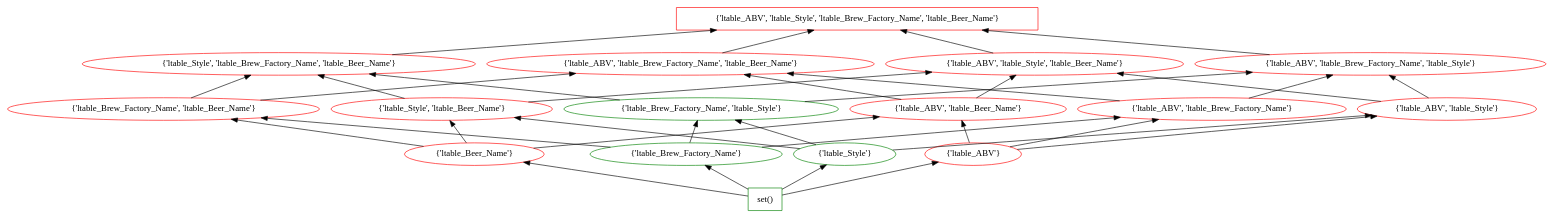
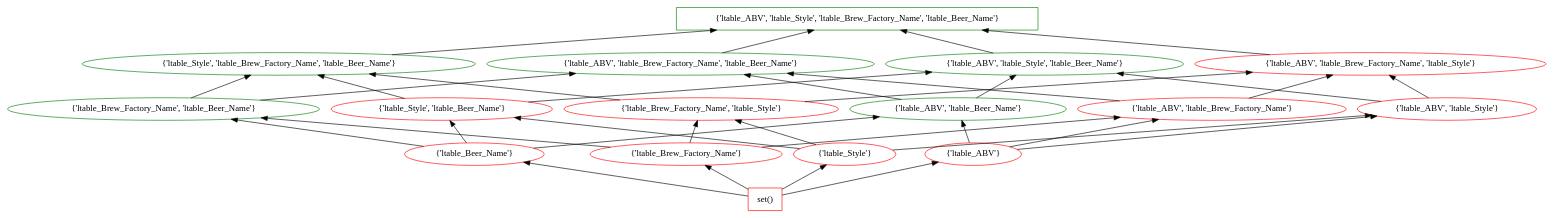
Before and after one commit to tteofili/certem: the diagram in data/beers/dm/2/lattice_1.dot, drawn with Graphviz. The commit also changed 561 other files, not shown here.

```diff
--- a/data/beers/dm/2/lattice_1.dot
+++ b/data/beers/dm/2/lattice_1.dot
@@ -1,54 +1,54 @@
 digraph G {
 splines="line"
 rankdir=BT
 "{'ltable_ABV', 'ltable_Style', 'ltable_Brew_Factory_Name', 'ltable_Beer_Name'}" [shape=box];
 "set()" [shape=box];
-"set()" [color=green];
+"set()" [color=red];
 "set()" -> "{'ltable_Beer_Name'}";
 "set()" -> "{'ltable_Brew_Factory_Name'}";
 "set()" -> "{'ltable_Style'}";
 "set()" -> "{'ltable_ABV'}";
 "{'ltable_Beer_Name'}" [color=red];
 "{'ltable_Beer_Name'}" -> "{'ltable_Brew_Factory_Name', 'ltable_Beer_Name'}";
 "{'ltable_Beer_Name'}" -> "{'ltable_Style', 'ltable_Beer_Name'}";
 "{'ltable_Beer_Name'}" -> "{'ltable_ABV', 'ltable_Beer_Name'}";
-"{'ltable_Brew_Factory_Name'}" [color=green];
+"{'ltable_Brew_Factory_Name'}" [color=red];
 "{'ltable_Brew_Factory_Name'}" -> "{'ltable_Brew_Factory_Name', 'ltable_Beer_Name'}";
 "{'ltable_Brew_Factory_Name'}" -> "{'ltable_Brew_Factory_Name', 'ltable_Style'}";
 "{'ltable_Brew_Factory_Name'}" -> "{'ltable_ABV', 'ltable_Brew_Factory_Name'}";
-"{'ltable_Style'}" [color=green];
+"{'ltable_Style'}" [color=red];
 "{'ltable_Style'}" -> "{'ltable_Style', 'ltable_Beer_Name'}";
 "{'ltable_Style'}" -> "{'ltable_Brew_Factory_Name', 'ltable_Style'}";
 "{'ltable_Style'}" -> "{'ltable_ABV', 'ltable_Style'}";
 "{'ltable_ABV'}" [color=red];
 "{'ltable_ABV'}" -> "{'ltable_ABV', 'ltable_Beer_Name'}";
 "{'ltable_ABV'}" -> "{'ltable_ABV', 'ltable_Brew_Factory_Name'}";
 "{'ltable_ABV'}" -> "{'ltable_ABV', 'ltable_Style'}";
-"{'ltable_Brew_Factory_Name', 'ltable_Beer_Name'}" [color=red];
+"{'ltable_Brew_Factory_Name', 'ltable_Beer_Name'}" [color=green];
 "{'ltable_Brew_Factory_Name', 'ltable_Beer_Name'}" -> "{'ltable_Style', 'ltable_Brew_Factory_Name', 'ltable_Beer_Name'}";
 "{'ltable_Brew_Factory_Name', 'ltable_Beer_Name'}" -> "{'ltable_ABV', 'ltable_Brew_Factory_Name', 'ltable_Beer_Name'}";
 "{'ltable_Style', 'ltable_Beer_Name'}" [color=red];
 "{'ltable_Style', 'ltable_Beer_Name'}" -> "{'ltable_Style', 'ltable_Brew_Factory_Name', 'ltable_Beer_Name'}";
 "{'ltable_Style', 'ltable_Beer_Name'}" -> "{'ltable_ABV', 'ltable_Style', 'ltable_Beer_Name'}";
-"{'ltable_ABV', 'ltable_Beer_Name'}" [color=red];
+"{'ltable_ABV', 'ltable_Beer_Name'}" [color=green];
 "{'ltable_ABV', 'ltable_Beer_Name'}" -> "{'ltable_ABV', 'ltable_Brew_Factory_Name', 'ltable_Beer_Name'}";
 "{'ltable_ABV', 'ltable_Beer_Name'}" -> "{'ltable_ABV', 'ltable_Style', 'ltable_Beer_Name'}";
-"{'ltable_Brew_Factory_Name', 'ltable_Style'}" [color=green];
+"{'ltable_Brew_Factory_Name', 'ltable_Style'}" [color=red];
 "{'ltable_Brew_Factory_Name', 'ltable_Style'}" -> "{'ltable_Style', 'ltable_Brew_Factory_Name', 'ltable_Beer_Name'}";
 "{'ltable_Brew_Factory_Name', 'ltable_Style'}" -> "{'ltable_ABV', 'ltable_Brew_Factory_Name', 'ltable_Style'}";
 "{'ltable_ABV', 'ltable_Brew_Factory_Name'}" [color=red];
 "{'ltable_ABV', 'ltable_Brew_Factory_Name'}" -> "{'ltable_ABV', 'ltable_Brew_Factory_Name', 'ltable_Beer_Name'}";
 "{'ltable_ABV', 'ltable_Brew_Factory_Name'}" -> "{'ltable_ABV', 'ltable_Brew_Factory_Name', 'ltable_Style'}";
 "{'ltable_ABV', 'ltable_Style'}" [color=red];
 "{'ltable_ABV', 'ltable_Style'}" -> "{'ltable_ABV', 'ltable_Style', 'ltable_Beer_Name'}";
 "{'ltable_ABV', 'ltable_Style'}" -> "{'ltable_ABV', 'ltable_Brew_Factory_Name', 'ltable_Style'}";
-"{'ltable_Style', 'ltable_Brew_Factory_Name', 'ltable_Beer_Name'}" [color=red];
+"{'ltable_Style', 'ltable_Brew_Factory_Name', 'ltable_Beer_Name'}" [color=green];
 "{'ltable_Style', 'ltable_Brew_Factory_Name', 'ltable_Beer_Name'}" -> "{'ltable_ABV', 'ltable_Style', 'ltable_Brew_Factory_Name', 'ltable_Beer_Name'}";
-"{'ltable_ABV', 'ltable_Brew_Factory_Name', 'ltable_Beer_Name'}" [color=red];
+"{'ltable_ABV', 'ltable_Brew_Factory_Name', 'ltable_Beer_Name'}" [color=green];
 "{'ltable_ABV', 'ltable_Brew_Factory_Name', 'ltable_Beer_Name'}" -> "{'ltable_ABV', 'ltable_Style', 'ltable_Brew_Factory_Name', 'ltable_Beer_Name'}";
-"{'ltable_ABV', 'ltable_Style', 'ltable_Beer_Name'}" [color=red];
+"{'ltable_ABV', 'ltable_Style', 'ltable_Beer_Name'}" [color=green];
 "{'ltable_ABV', 'ltable_Style', 'ltable_Beer_Name'}" -> "{'ltable_ABV', 'ltable_Style', 'ltable_Brew_Factory_Name', 'ltable_Beer_Name'}";
 "{'ltable_ABV', 'ltable_Brew_Factory_Name', 'ltable_Style'}" [color=red];
 "{'ltable_ABV', 'ltable_Brew_Factory_Name', 'ltable_Style'}" -> "{'ltable_ABV', 'ltable_Style', 'ltable_Brew_Factory_Name', 'ltable_Beer_Name'}";
-"{'ltable_ABV', 'ltable_Style', 'ltable_Brew_Factory_Name', 'ltable_Beer_Name'}" [color=red];
+"{'ltable_ABV', 'ltable_Style', 'ltable_Brew_Factory_Name', 'ltable_Beer_Name'}" [color=green];
 }
```
